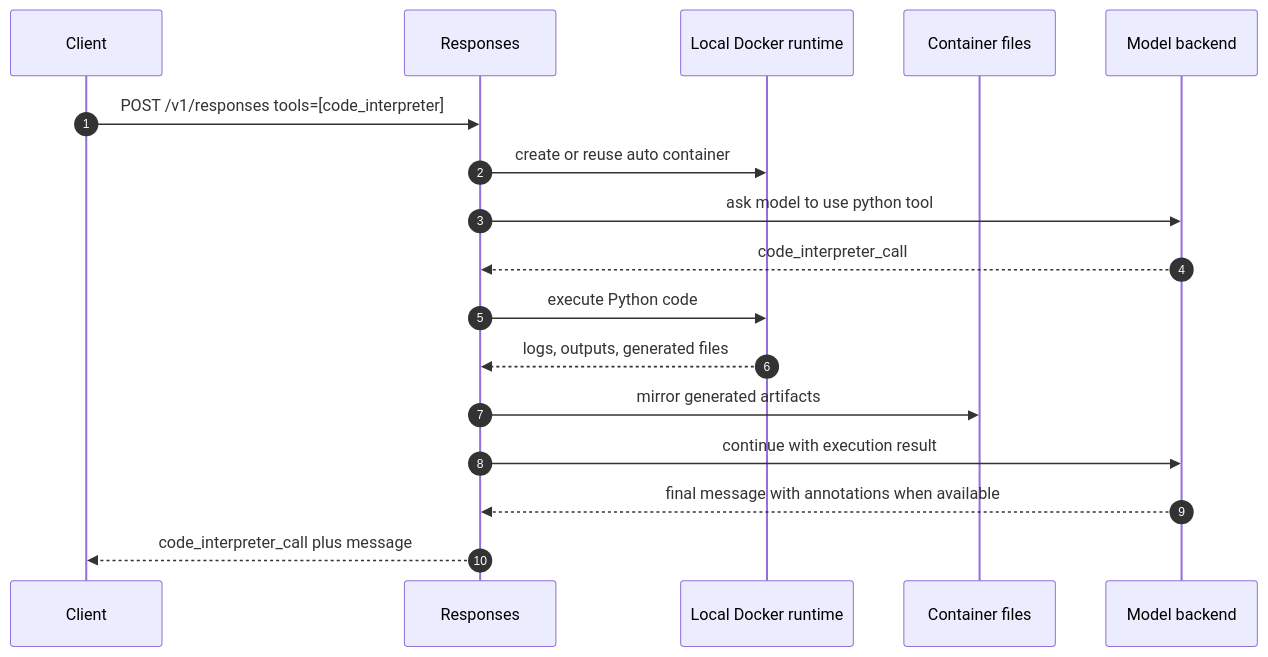
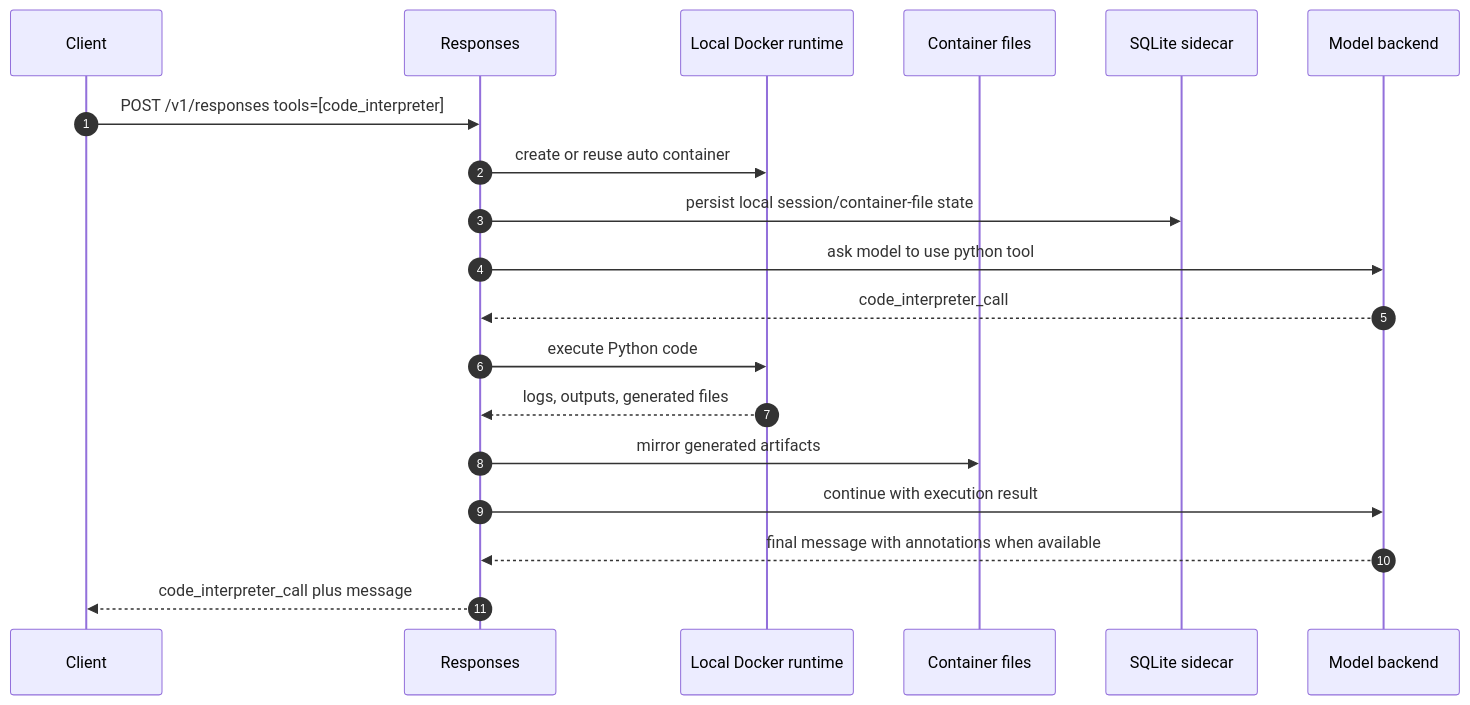
Diagram 16 of 25 in docs/engineering/openai-api-choreography-atlas.md (avelrl/llama_shim), drawn with Mermaid before and after one commit. The commit also changed other lines of this file and 8 other files, not shown here.

````diff
--- a/docs/engineering/openai-api-choreography-atlas.md
+++ b/docs/engineering/openai-api-choreography-atlas.md
@@ -639,20 +639,22 @@
 ```mermaid
 sequenceDiagram
   autonumber
   participant C as Client
   participant R as Responses
   participant CI as Local Docker runtime
   participant CF as Container files
+  participant S as SQLite sidecar
   participant M as Model backend
 
   C->>R: POST /v1/responses tools=[code_interpreter]
   R->>CI: create or reuse auto container
+  R->>S: persist local session/container-file state
   R->>M: ask model to use python tool
   M-->>R: code_interpreter_call
   R->>CI: execute Python code
   CI-->>R: logs, outputs, generated files
   R->>CF: mirror generated artifacts
   R->>M: continue with execution result
   M-->>R: final message with annotations when available
   R-->>C: code_interpreter_call plus message
 ```
````
